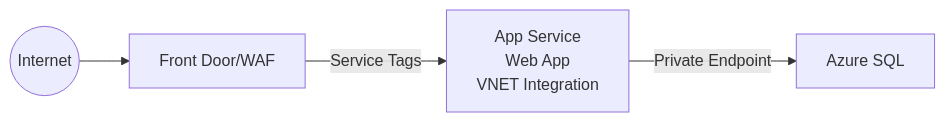
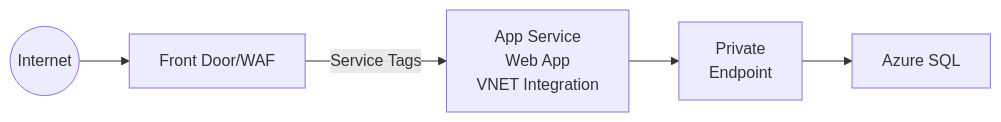
One commit to msalemor/app-services-networking changed the fourth of 7 diagrams in README.md. Above: the diagram before and after it, drawn with Mermaid. The commit also changed other lines of this file, not shown here.

````diff
--- a/README.md
+++ b/README.md
@@ -76,6 +76,7 @@
 ```mermaid
 graph LR;
     A((Internet))-->B[Front Door/WAF];
     B-- Service Tags -->C[App Service<br/>Web App<br/>VNET Integration];
-    C-- Private Endpoint-->D[Azure SQL];   
+    C-->D[Private<br/>Endpoint];   
+    D-->E[Azure SQL]
 ```
````
